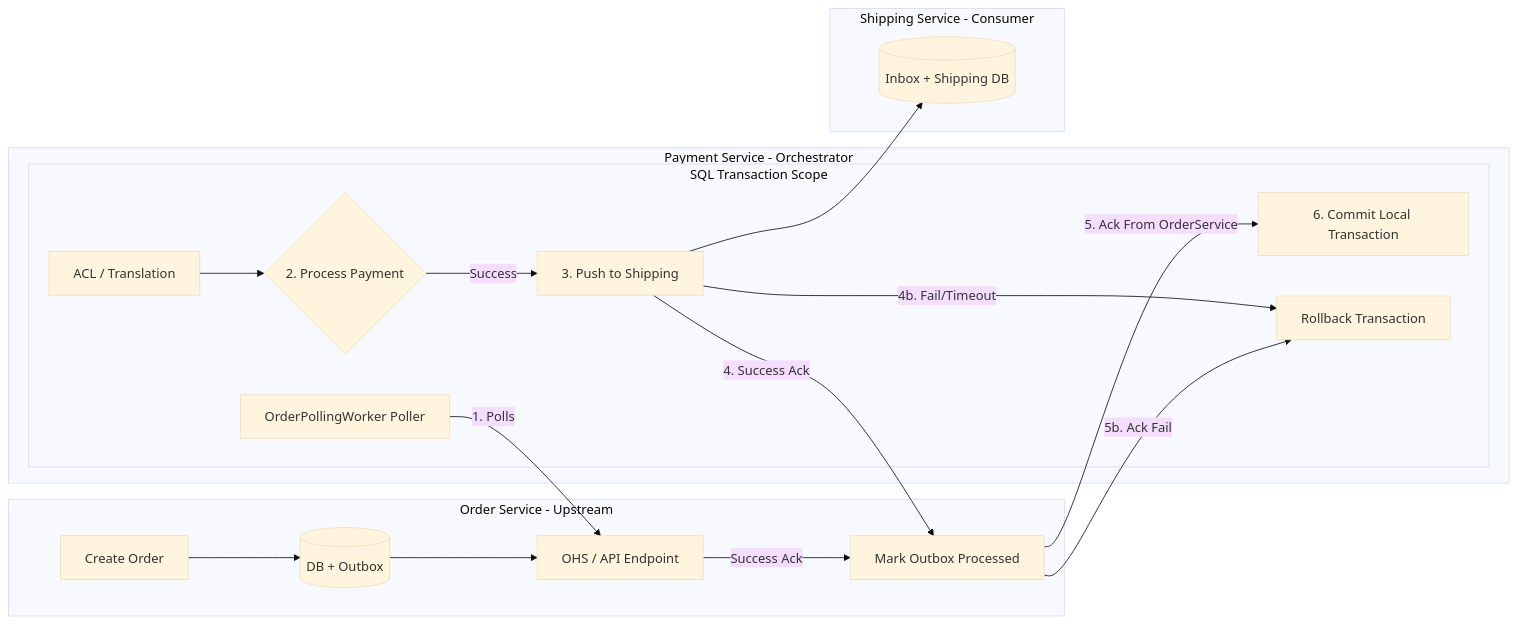
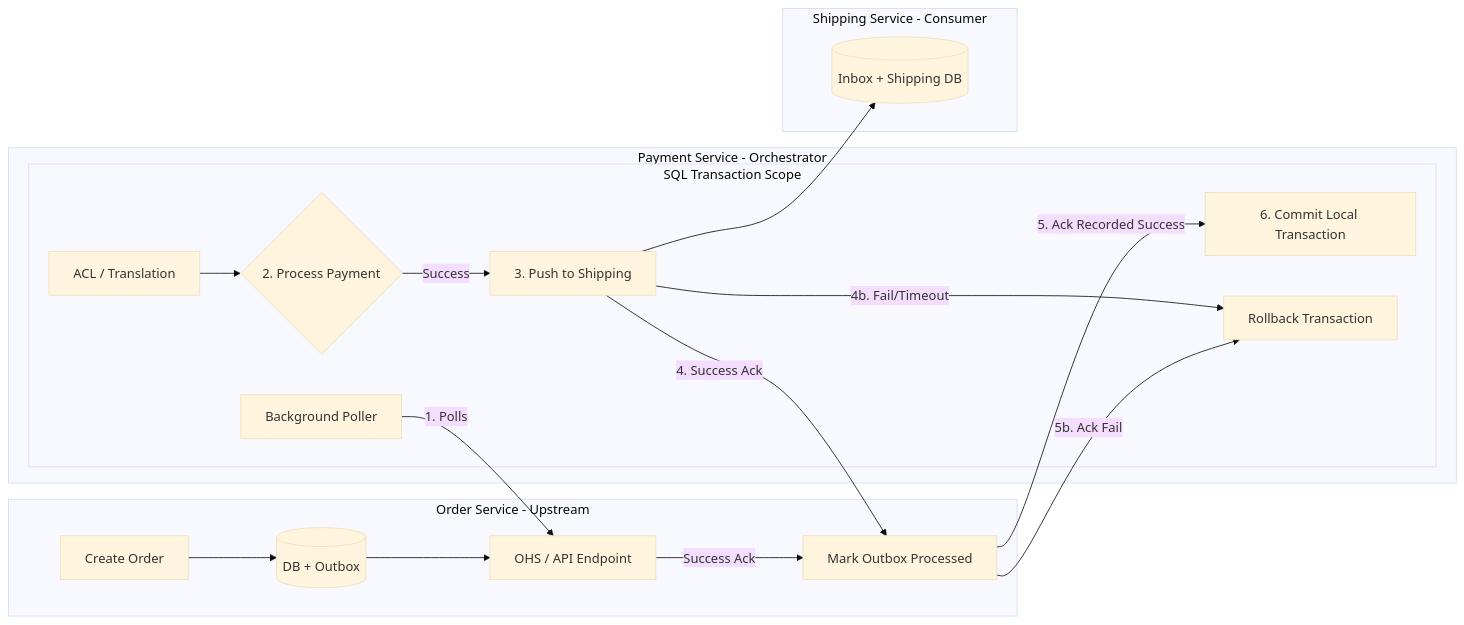
The diagram in FulfillmentSystem/ReadMe.md (saritakumar-dev/My-DDD-Portfolio), drawn with Mermaid (base theme) before and after one commit.

````diff
--- a/FulfillmentSystem/ReadMe.md
+++ b/FulfillmentSystem/ReadMe.md
@@ -23,28 +23,28 @@
 ```mermaid
 graph LR
     subgraph OrderService [Order Service - Upstream]
         A[Create Order] --> B[(DB + Outbox)]
         B --> C[OHS / API Endpoint]
         C -- Success Ack --> L[Mark Outbox Processed]
     end
 
     subgraph PaymentService [Payment Service - Orchestrator]
-         subgraph Transaction [SQL Transaction Scope]
-            D[OrderPollingWorker Poller] -- 1. Polls --> C
+        subgraph Transaction [SQL Transaction Scope]
+            D[Background Poller] -- 1. Polls --> C
             E[ACL / Translation] --> F{2. Process Payment}
             F -- Success --> G[3. Push to Shipping]
             
             %% The Logic: Shipping -> OrderService -> Local Commit
             G -- 4. Success Ack --> L
-            L -- 5. Ack From OrderService--> M[6. Commit Local Transaction]
+            L -- 5. Ack Recorded Success --> M[6. Commit Local Transaction]
             
             %% The Fallback
             G -- 4b. Fail/Timeout --> H[Rollback Transaction]
             L -- 5b. Ack Fail --> H
         end
     end
 
     subgraph ShippingService [Shipping Service - Consumer]
         G --> I[(Inbox + Shipping DB)]
     end
 ```
````
